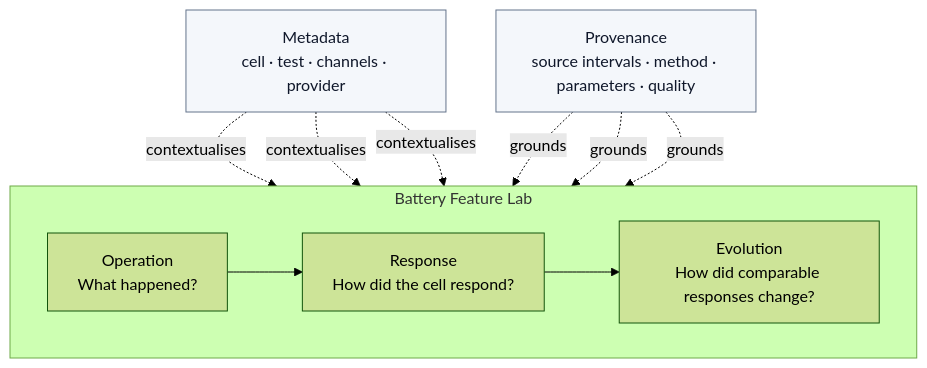
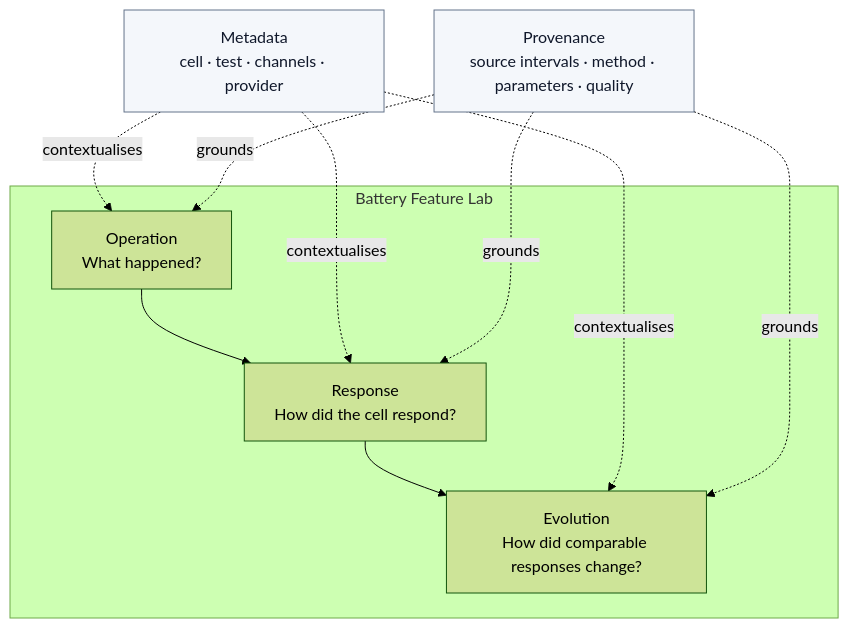
Before and after one commit to shiyunliu-battery/Battery-Feature-Lab: the first of 2 diagrams in README.md, drawn with Mermaid (forest theme).

Commit message:
Fix README architecture diagram layout

````diff
--- a/README.md
+++ b/README.md
@@ -20,22 +20,21 @@
 ```mermaid
 flowchart TB
     M[Metadata<br/>cell · test · channels · provider]:::context
     P[Provenance<br/>source intervals · method · parameters · quality]:::context
 
     subgraph BFL[Battery Feature Lab]
-        direction LR
         O[Operation<br/>What happened?]
         R[Response<br/>How did the cell respond?]
         E[Evolution<br/>How did comparable responses change?]
         O --> R --> E
     end
 
     M -. contextualises .-> O
     M -. contextualises .-> R
     M -. contextualises .-> E
     P -. grounds .-> O
     P -. grounds .-> R
     P -. grounds .-> E
 
     classDef context fill:#f4f7fb,stroke:#64748b,color:#0f172a;
 ```
````
